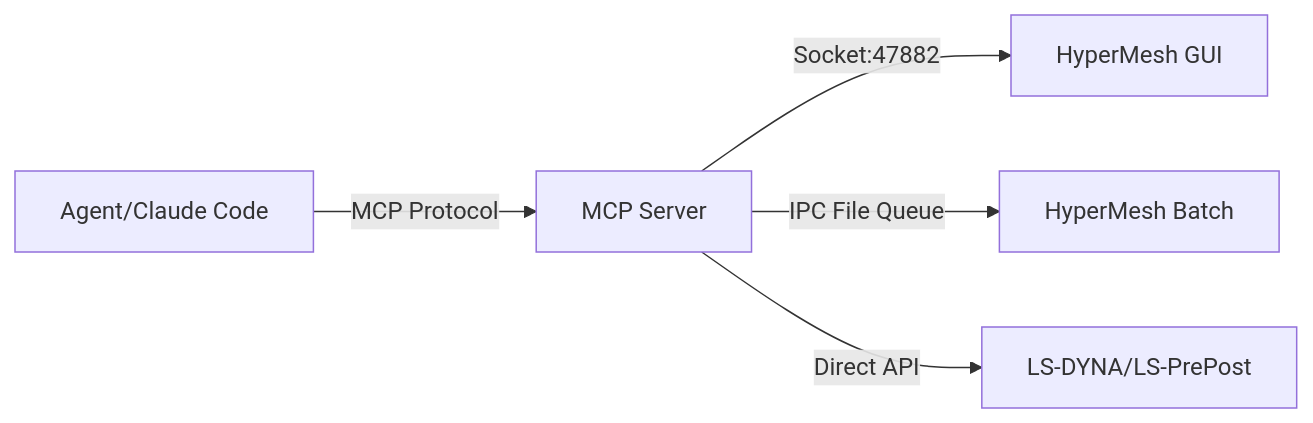
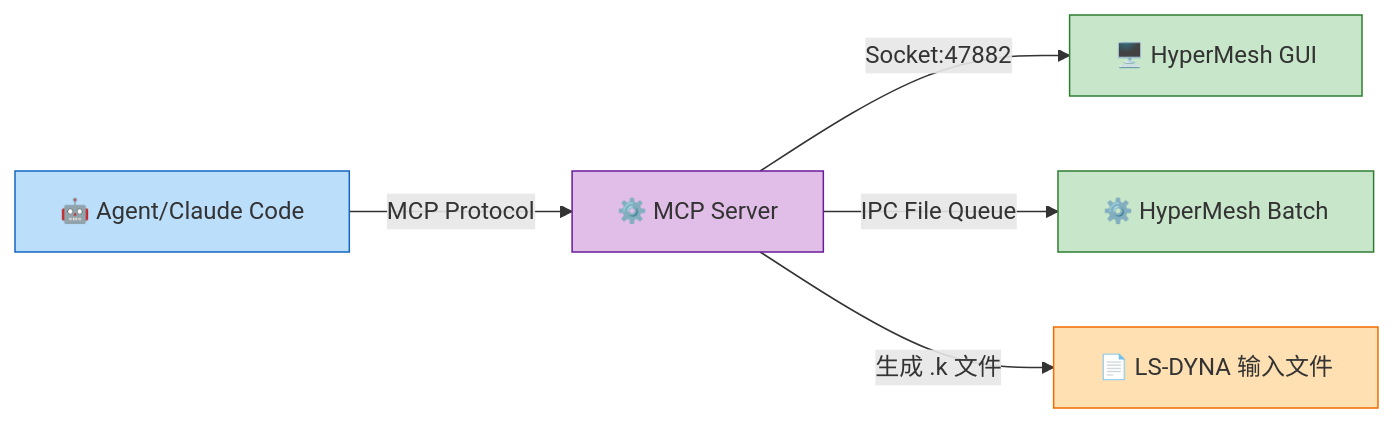
Before and after one commit to yesooner/hyper-dyna-mcp: the first of 2 diagrams in README.md, drawn with Mermaid. The commit also changed other lines of this file and 2 other files, not shown here.

First line of the commit message:
docs: 强调 LS-DYNA 设计定位，添加 Agent 调用说明

````diff
--- a/README.md
+++ b/README.md
@@ -37,7 +66,13 @@
 ```mermaid
 graph LR
-    A[Agent/Claude Code] -->|MCP Protocol| B[MCP Server]
-    B -->|Socket:47882| C[HyperMesh GUI]
-    B -->|IPC File Queue| D[HyperMesh Batch]
-    B -->|Direct API| E[LS-DYNA/LS-PrePost]
+    A["🤖 Agent/Claude Code"] -->|"MCP Protocol"| B["⚙️ MCP Server"]
+    B -->|"Socket:47882"| C["🖥️ HyperMesh GUI"]
+    B -->|"IPC File Queue"| D["⚙️ HyperMesh Batch"]
+    B -->|"生成 .k 文件"| E["📄 LS-DYNA 输入文件"]
+    
+    style A fill:#bbdefb,stroke:#1565c0
+    style B fill:#e1bee7,stroke:#6a1b9a
+    style C fill:#c8e6c9,stroke:#2e7d32
+    style D fill:#c8e6c9,stroke:#2e7d32
+    style E fill:#ffe0b2,stroke:#ef6c00
 ```
````
